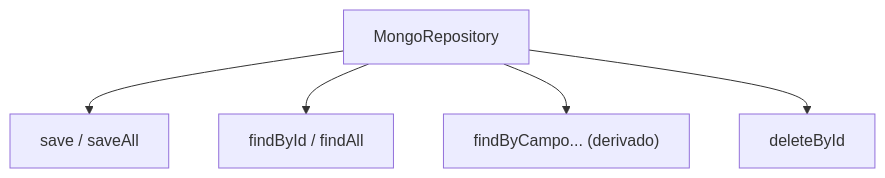
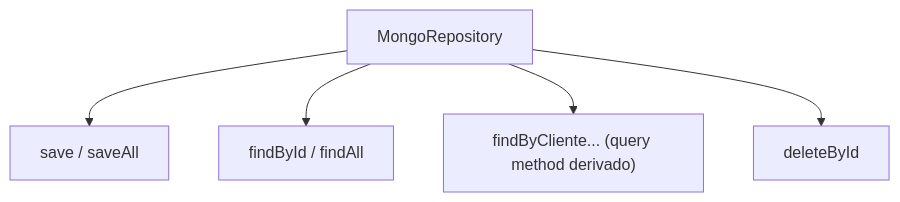
The second of 5 diagrams in Programación/Aprendizaje autodidacta/11_APIRESTMasterclass/teoria/17_NoSQL_MongoDB.md (obiticadev/DAM-2025-26), drawn with Mermaid before and after one commit. The commit also changed other lines of this file and 69 other files, not shown here.

````diff
--- a/Programación/Aprendizaje autodidacta/11_APIRESTMasterclass/teoria/17_NoSQL_MongoDB.md
+++ b/Programación/Aprendizaje autodidacta/11_APIRESTMasterclass/teoria/17_NoSQL_MongoDB.md
@@ -29,7 +78,7 @@
 ```mermaid
 flowchart TD
-    R[MongoRepository] --> S["save / saveAll"]
+    R["MongoRepository<Pedido, String>"] --> S["save / saveAll"]
     R --> F["findById / findAll"]
-    R --> Q["findByCampo... (derivado)"]
+    R --> Q["findByCliente... (query method derivado)"]
     R --> D["deleteById"]
 ```
````
